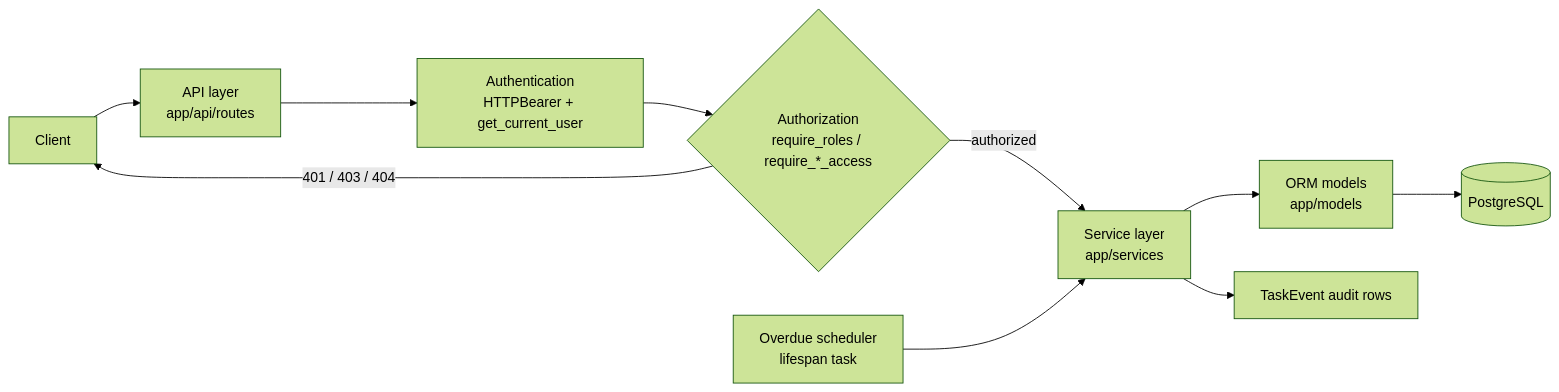
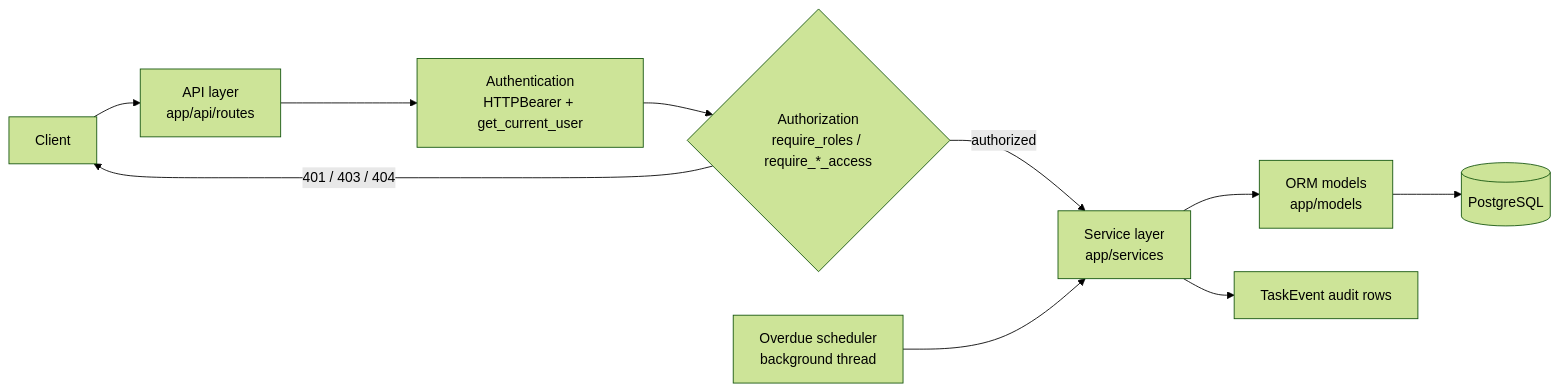
One commit to AdarshGzz/Team-Operations-Platform changed the first of 2 diagrams in README.md. Above: the diagram before and after it, drawn with Mermaid (forest theme). The commit also changed other lines of this file and 95 other files, not shown here.

````diff
--- a/README.md
+++ b/README.md
@@ -156,12 +159,12 @@
 ```mermaid
 flowchart LR
     Client["Client"] --> Routes["API layer<br/>app/api/routes"]
     Routes --> Deps["Authentication<br/>HTTPBearer + get_current_user"]
     Deps --> Authz{"Authorization<br/>require_roles / require_*_access"}
     Authz -->|"401 / 403 / 404"| Client
     Authz -->|"authorized"| Services["Service layer<br/>app/services"]
     Services --> Models["ORM models<br/>app/models"]
     Models --> DB[("PostgreSQL")]
     Services --> Events["TaskEvent audit rows"]
-    Scheduler["Overdue scheduler<br/>lifespan task"] --> Services
+    Scheduler["Overdue scheduler<br/>background thread"] --> Services
 ```
````
